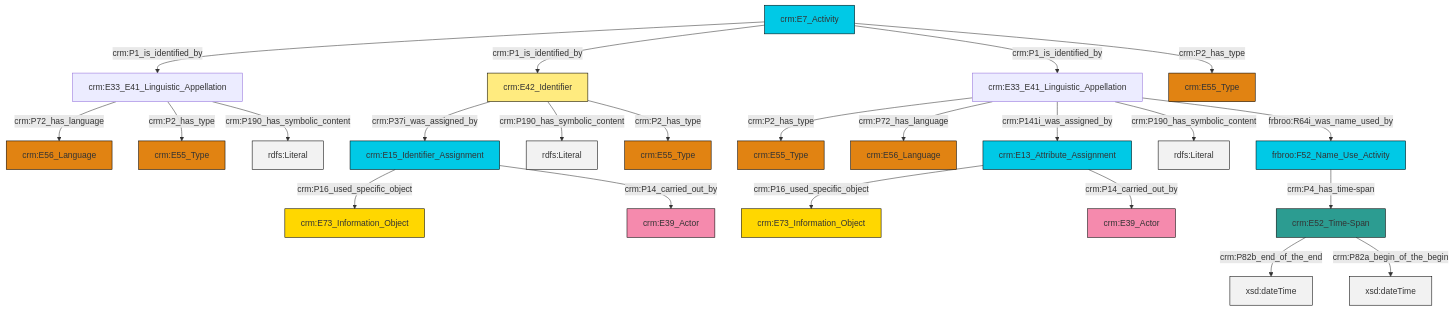
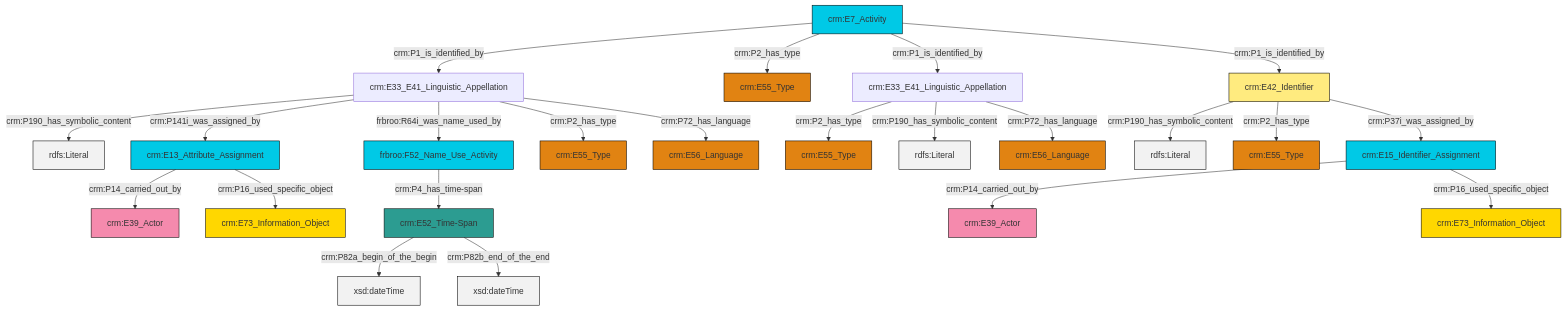
One commit to swiss-art-research-net/reference-data-models changed the diagram in et/eventCSV/ttl/mmd/event_name.ttl.mmd. Above: the diagram before and after it, drawn with Mermaid. The commit also changed 126 other files, not shown here.

```diff
--- a/et/eventCSV/ttl/mmd/event_name.ttl.mmd
+++ b/et/eventCSV/ttl/mmd/event_name.ttl.mmd
@@ -1,37 +1,37 @@
 graph TD
 classDef Literal fill:#f2f2f2,stroke:#000000;
 classDef CRM_Entity fill:#FFFFFF,stroke:#000000;
 classDef Temporal_Entity fill:#00C9E6, stroke:#000000;
 classDef Type fill:#E18312, stroke:#000000;
 classDef Time-Span fill:#2C9C91, stroke:#000000;
 classDef Appellation fill:#FFEB7F, stroke:#000000;
 classDef Place fill:#008836, stroke:#000000;
 classDef Persistent_Item fill:#B266B2, stroke:#000000;
 classDef Conceptual_Object fill:#FFD700, stroke:#000000;
 classDef Physical_Thing fill:#D2B48C, stroke:#000000;
 classDef Actor fill:#f58aad, stroke:#000000;
 classDef PC_Classes fill:#4ce600, stroke:#000000;
 classDef Multi fill:#cccccc,stroke:#000000;
 
-2["crm:E33_E41_Linguistic_Appellation"]:::Default -->|crm:P2_has_type| 3["crm:E55_Type"]:::Type
-4["crm:E42_Identifier"]:::Appellation -->|crm:P37i_was_assigned_by| 5["crm:E15_Identifier_Assignment"]:::Temporal_Entity
-0["crm:E13_Attribute_Assignment"]:::Temporal_Entity -->|crm:P16_used_specific_object| 6["crm:E73_Information_Object"]:::Conceptual_Object
-7["crm:E7_Activity"]:::Temporal_Entity -->|crm:P1_is_identified_by| 9["crm:E33_E41_Linguistic_Appellation"]:::Default
-2["crm:E33_E41_Linguistic_Appellation"]:::Default -->|crm:P72_has_language| 10["crm:E56_Language"]:::Type
-4["crm:E42_Identifier"]:::Appellation -->|crm:P190_has_symbolic_content| 11[rdfs:Literal]:::Literal
-7["crm:E7_Activity"]:::Temporal_Entity -->|crm:P1_is_identified_by| 4["crm:E42_Identifier"]:::Appellation
-9["crm:E33_E41_Linguistic_Appellation"]:::Default -->|crm:P72_has_language| 14["crm:E56_Language"]:::Type
-2["crm:E33_E41_Linguistic_Appellation"]:::Default -->|crm:P141i_was_assigned_by| 0["crm:E13_Attribute_Assignment"]:::Temporal_Entity
-9["crm:E33_E41_Linguistic_Appellation"]:::Default -->|crm:P2_has_type| 20["crm:E55_Type"]:::Type
-4["crm:E42_Identifier"]:::Appellation -->|crm:P2_has_type| 22["crm:E55_Type"]:::Type
-7["crm:E7_Activity"]:::Temporal_Entity -->|crm:P1_is_identified_by| 2["crm:E33_E41_Linguistic_Appellation"]:::Default
-5["crm:E15_Identifier_Assignment"]:::Temporal_Entity -->|crm:P16_used_specific_object| 25["crm:E73_Information_Object"]:::Conceptual_Object
-9["crm:E33_E41_Linguistic_Appellation"]:::Default -->|crm:P190_has_symbolic_content| 26[rdfs:Literal]:::Literal
-7["crm:E7_Activity"]:::Temporal_Entity -->|crm:P2_has_type| 16["crm:E55_Type"]:::Type
-27["frbroo:F52_Name_Use_Activity"]:::Temporal_Entity -->|crm:P4_has_time-span| 18["crm:E52_Time-Span"]:::Time-Span
-2["crm:E33_E41_Linguistic_Appellation"]:::Default -->|crm:P190_has_symbolic_content| 28[rdfs:Literal]:::Literal
-0["crm:E13_Attribute_Assignment"]:::Temporal_Entity -->|crm:P14_carried_out_by| 12["crm:E39_Actor"]:::Actor
-18["crm:E52_Time-Span"]:::Time-Span -->|crm:P82b_end_of_the_end| 34[xsd:dateTime]:::Literal
-2["crm:E33_E41_Linguistic_Appellation"]:::Default -->|frbroo:R64i_was_name_used_by| 27["frbroo:F52_Name_Use_Activity"]:::Temporal_Entity
-18["crm:E52_Time-Span"]:::Time-Span -->|crm:P82a_begin_of_the_begin| 41[xsd:dateTime]:::Literal
-5["crm:E15_Identifier_Assignment"]:::Temporal_Entity -->|crm:P14_carried_out_by| 38["crm:E39_Actor"]:::Actor
+0["frbroo:F52_Name_Use_Activity"]:::Temporal_Entity -->|crm:P4_has_time-span| 1["crm:E52_Time-Span"]:::Time-Span
+9["crm:E42_Identifier"]:::Appellation -->|crm:P190_has_symbolic_content| 10[rdfs:Literal]:::Literal
+9["crm:E42_Identifier"]:::Appellation -->|crm:P2_has_type| 11["crm:E55_Type"]:::Type
+1["crm:E52_Time-Span"]:::Time-Span -->|crm:P82a_begin_of_the_begin| 14[xsd:dateTime]:::Literal
+1["crm:E52_Time-Span"]:::Time-Span -->|crm:P82b_end_of_the_end| 15[xsd:dateTime]:::Literal
+5["crm:E13_Attribute_Assignment"]:::Temporal_Entity -->|crm:P14_carried_out_by| 16["crm:E39_Actor"]:::Actor
+12["crm:E33_E41_Linguistic_Appellation"]:::Default -->|crm:P2_has_type| 17["crm:E55_Type"]:::Type
+18["crm:E7_Activity"]:::Temporal_Entity -->|crm:P1_is_identified_by| 19["crm:E33_E41_Linguistic_Appellation"]:::Default
+19["crm:E33_E41_Linguistic_Appellation"]:::Default -->|crm:P190_has_symbolic_content| 20[rdfs:Literal]:::Literal
+12["crm:E33_E41_Linguistic_Appellation"]:::Default -->|crm:P190_has_symbolic_content| 21[rdfs:Literal]:::Literal
+25["crm:E15_Identifier_Assignment"]:::Temporal_Entity -->|crm:P14_carried_out_by| 22["crm:E39_Actor"]:::Actor
+19["crm:E33_E41_Linguistic_Appellation"]:::Default -->|crm:P141i_was_assigned_by| 5["crm:E13_Attribute_Assignment"]:::Temporal_Entity
+5["crm:E13_Attribute_Assignment"]:::Temporal_Entity -->|crm:P16_used_specific_object| 26["crm:E73_Information_Object"]:::Conceptual_Object
+25["crm:E15_Identifier_Assignment"]:::Temporal_Entity -->|crm:P16_used_specific_object| 30["crm:E73_Information_Object"]:::Conceptual_Object
+19["crm:E33_E41_Linguistic_Appellation"]:::Default -->|frbroo:R64i_was_name_used_by| 0["frbroo:F52_Name_Use_Activity"]:::Temporal_Entity
+18["crm:E7_Activity"]:::Temporal_Entity -->|crm:P2_has_type| 27["crm:E55_Type"]:::Type
+19["crm:E33_E41_Linguistic_Appellation"]:::Default -->|crm:P2_has_type| 34["crm:E55_Type"]:::Type
+18["crm:E7_Activity"]:::Temporal_Entity -->|crm:P1_is_identified_by| 12["crm:E33_E41_Linguistic_Appellation"]:::Default
+18["crm:E7_Activity"]:::Temporal_Entity -->|crm:P1_is_identified_by| 9["crm:E42_Identifier"]:::Appellation
+12["crm:E33_E41_Linguistic_Appellation"]:::Default -->|crm:P72_has_language| 7["crm:E56_Language"]:::Type
+9["crm:E42_Identifier"]:::Appellation -->|crm:P37i_was_assigned_by| 25["crm:E15_Identifier_Assignment"]:::Temporal_Entity
+19["crm:E33_E41_Linguistic_Appellation"]:::Default -->|crm:P72_has_language| 3["crm:E56_Language"]:::Type
```
